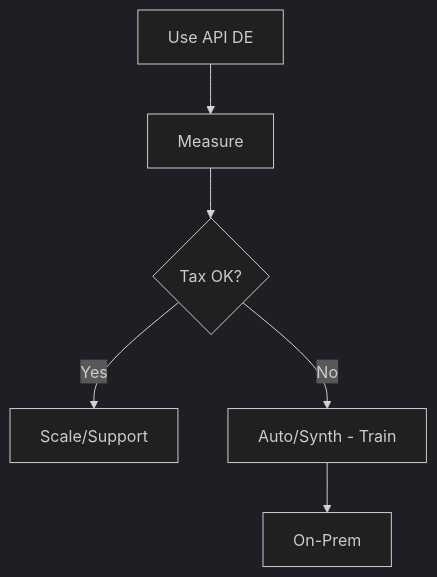
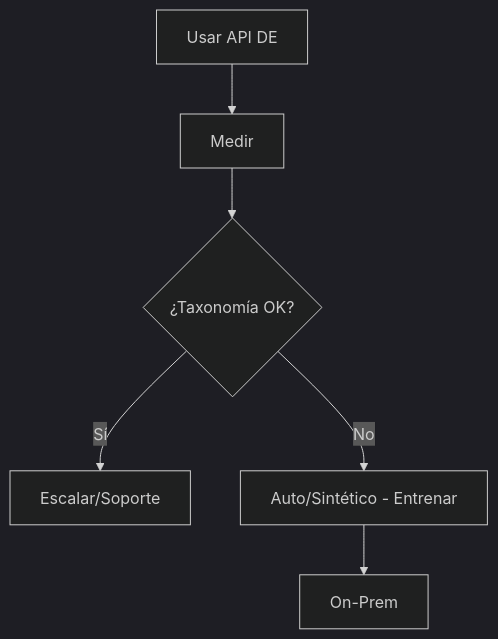
Before and after one commit to Softoft-Orga/open-ticket-ai: the fifth of 7 diagrams in docs/vitepress_docs/docs_src/es/guide/plan-ticket-automation-project.md, drawn with Mermaid. The commit also changed other lines of this file and 88 other files, not shown here.

````diff
--- a/docs/vitepress_docs/docs_src/es/guide/plan-ticket-automation-project.md
+++ b/docs/vitepress_docs/docs_src/es/guide/plan-ticket-automation-project.md
@@ -165,12 +168,12 @@
 ```mermaid
 ---
 config:
   theme: 'dark'
 ---
 flowchart TD
-    A[Use API DE] --> B[Measure]
-    B --> C{Tax OK?}
-    C -- Yes --> D[Scale/Support]
-    C -- No --> E[Auto/Synth - Train]
+    A[Usar API DE] --> B[Medir]
+    B --> C{¿Taxonomía OK?}
+    C -- Sí --> D[Escalar/Soporte]
+    C -- No --> E[Auto/Sintético - Entrenar]
     E --> F[On-Prem]
 ```
````
